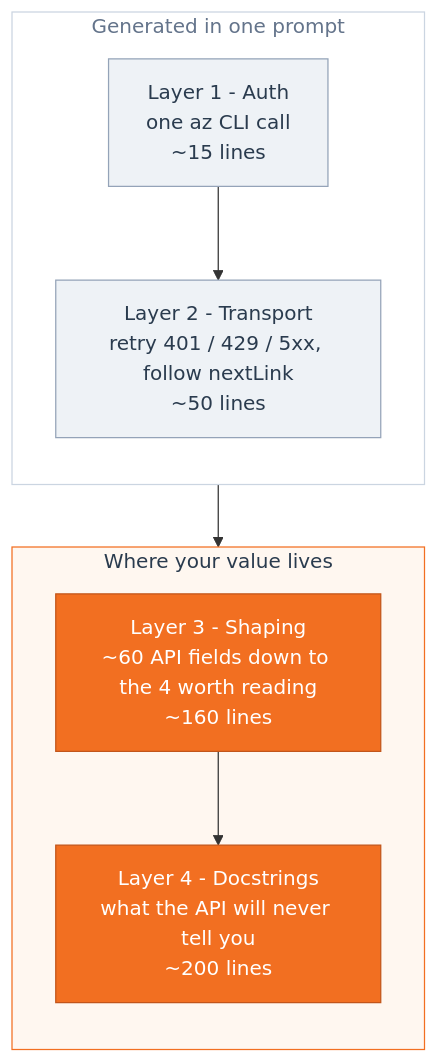
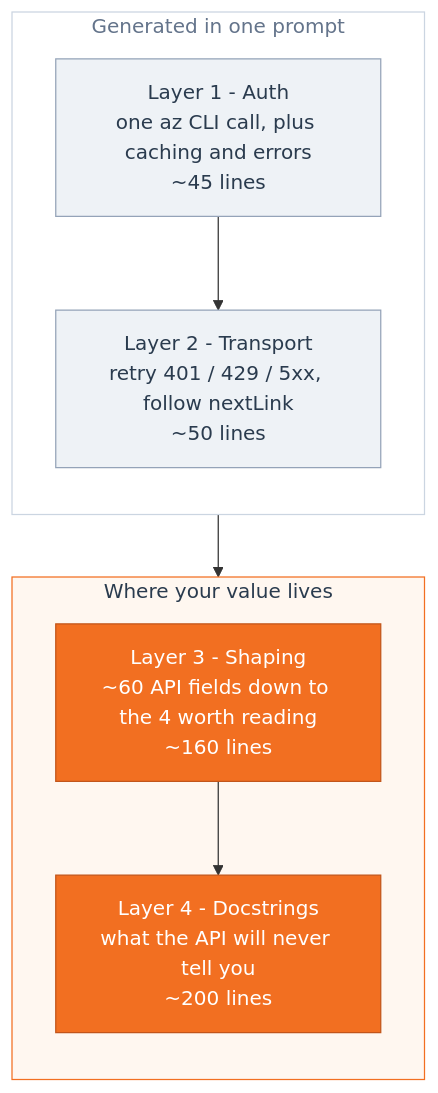
One commit to OwnOptic/power-automate-mcp changed the first of 5 diagrams in README.md. Above: the diagram before and after it, drawn with Mermaid. The commit also changed other lines of this file and 1 other file, not shown here.

First line of the commit message:
docs: correct the overstated size of the auth layer

````diff
--- a/README.md
+++ b/README.md
@@ -78,23 +78,23 @@
 ```mermaid
 flowchart TB
     subgraph gen["Generated in one prompt"]
         direction TB
-        L1["Layer 1 - Auth<br/>one az CLI call<br/>~15 lines"]
+        L1["Layer 1 - Auth<br/>one az CLI call, plus caching and errors<br/>~45 lines"]
         L2["Layer 2 - Transport<br/>retry 401 / 429 / 5xx, follow nextLink<br/>~50 lines"]
         L1 --> L2
     end
     subgraph own["Where your value lives"]
         direction TB
         L3["Layer 3 - Shaping<br/>~60 API fields down to the 4 worth reading<br/>~160 lines"]
         L4["Layer 4 - Docstrings<br/>what the API will never tell you<br/>~200 lines"]
         L3 --> L4
     end
     gen --> own
 
     classDef cheap fill:#eef2f6,stroke:#94a3b8,color:#2A3B4E
     classDef dear fill:#F26F21,stroke:#c2551a,color:#ffffff
     class L1,L2 cheap
     class L3,L4 dear
     style gen fill:#ffffff,stroke:#cbd5e1,color:#64748b
     style own fill:#fff7f0,stroke:#F26F21,color:#2A3B4E
 ```
````
